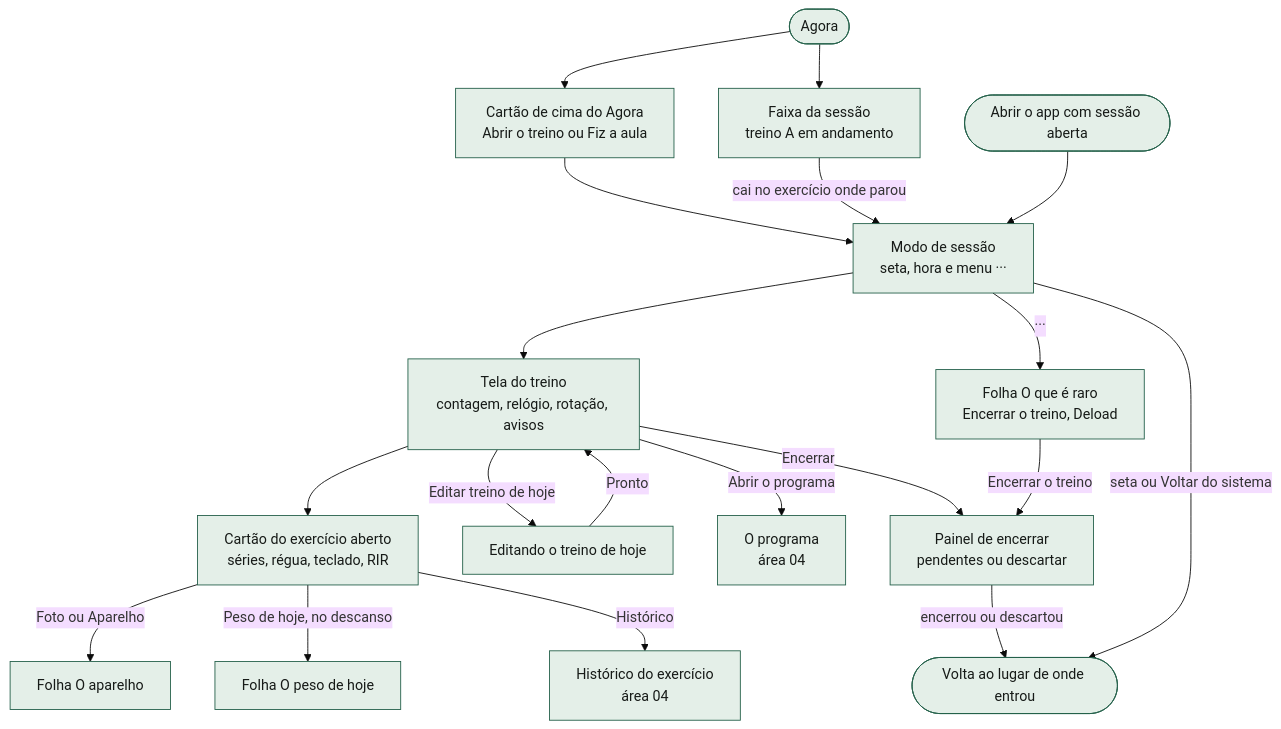
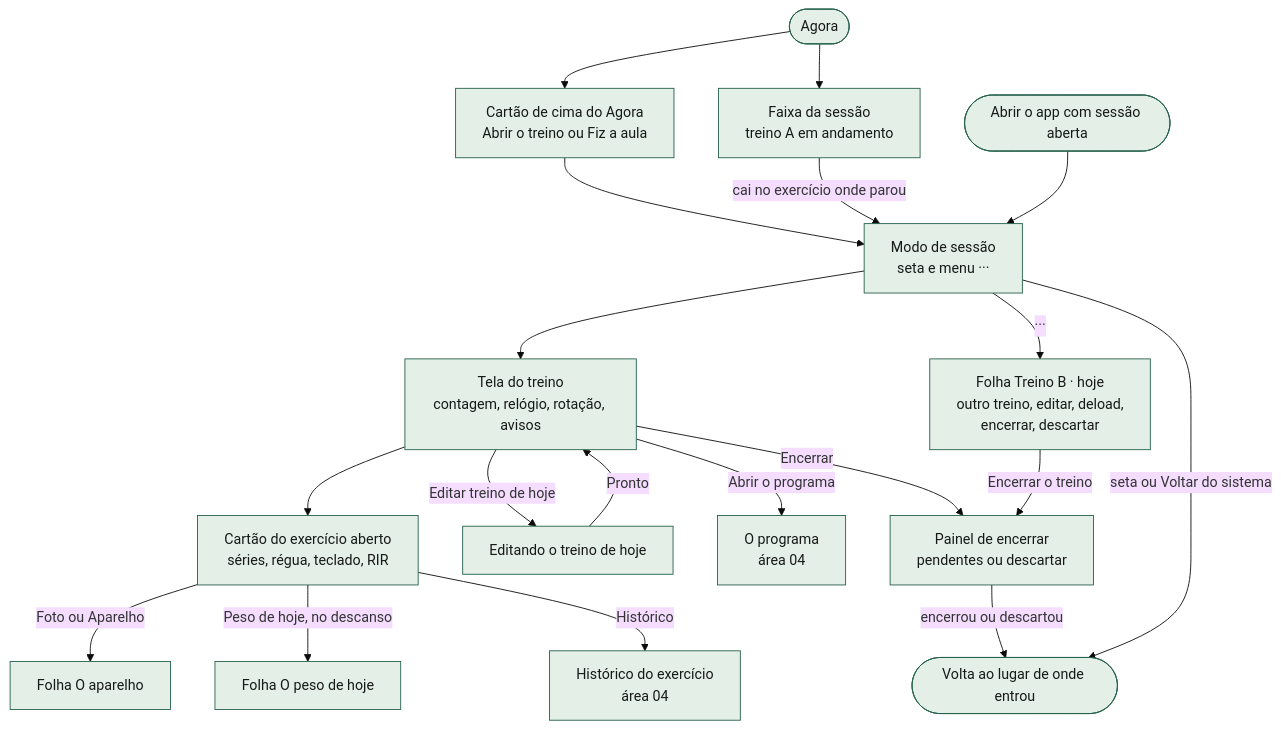
The first of 27 diagrams in docs/mapa/03-sessao-de-treino.md (eduardogenes/lastro-app), drawn with Mermaid (base theme) before and after one commit. The commit also changed other lines of this file and 7 other files, not shown here.

First line of the commit message:
feat(modo): o ··· vira as opções da sessão, com o nome do treino no título

````diff
--- a/docs/mapa/03-sessao-de-treino.md
+++ b/docs/mapa/03-sessao-de-treino.md
@@ -82,35 +82,35 @@
 ```mermaid
 flowchart TD
   ag(["Agora"])
   boot(["Abrir o app com sessão aberta"])
   c1["Cartão de cima do Agora<br/>Abrir o treino ou Fiz a aula"]
   fx["Faixa da sessão<br/>treino A em andamento"]
-  modo["Modo de sessão<br/>seta, hora e menu ···"]
+  modo["Modo de sessão<br/>seta e menu ···"]
   tr["Tela do treino<br/>contagem, relógio, rotação, avisos"]
   card["Cartão do exercício aberto<br/>séries, régua, teclado, RIR"]
   ed["Editando o treino de hoje"]
-  menu["Folha O que é raro<br/>Encerrar o treino, Deload"]
+  menu["Folha Treino B · hoje<br/>outro treino, editar, deload,<br/>encerrar, descartar"]
   foto["Folha O aparelho"]
   peso["Folha O peso de hoje"]
   hist["Histórico do exercício<br/>área 04"]
   prog["O programa<br/>área 04"]
   pare["Painel de encerrar<br/>pendentes ou descartar"]
   fim(["Volta ao lugar de onde entrou"])
   ag --> c1 --> modo
   ag --> fx -->|"cai no exercício onde parou"| modo
   boot --> modo
   modo --> tr --> card
   tr -->|"Editar treino de hoje"| ed -->|"Pronto"| tr
   modo -->|"···"| menu
   card -->|"Foto ou Aparelho"| foto
   card -->|"Peso de hoje, no descanso"| peso
   card -->|"Histórico"| hist
   tr -->|"Abrir o programa"| prog
   tr -->|"Encerrar"| pare
   menu -->|"Encerrar o treino"| pare
   pare -->|"encerrou ou descartou"| fim
   modo -->|"seta ou Voltar do sistema"| fim
   classDef tela fill:#E4EFE8,stroke:#24604A,color:#161A17
   classDef acao fill:#FFFFFF,stroke:#69716B,color:#161A17
   class ag,boot,fim,c1,fx,modo,tr,card,ed,menu,foto,peso,hist,prog,pare tela
 ```
````
